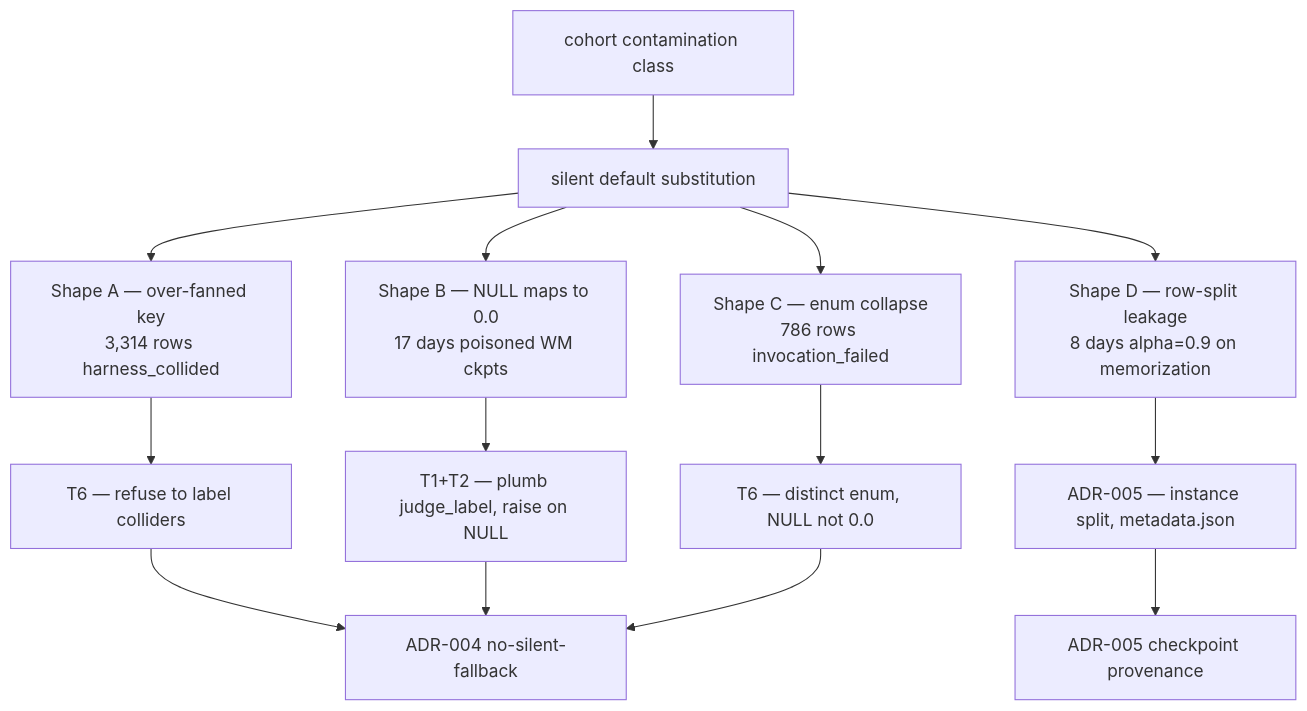
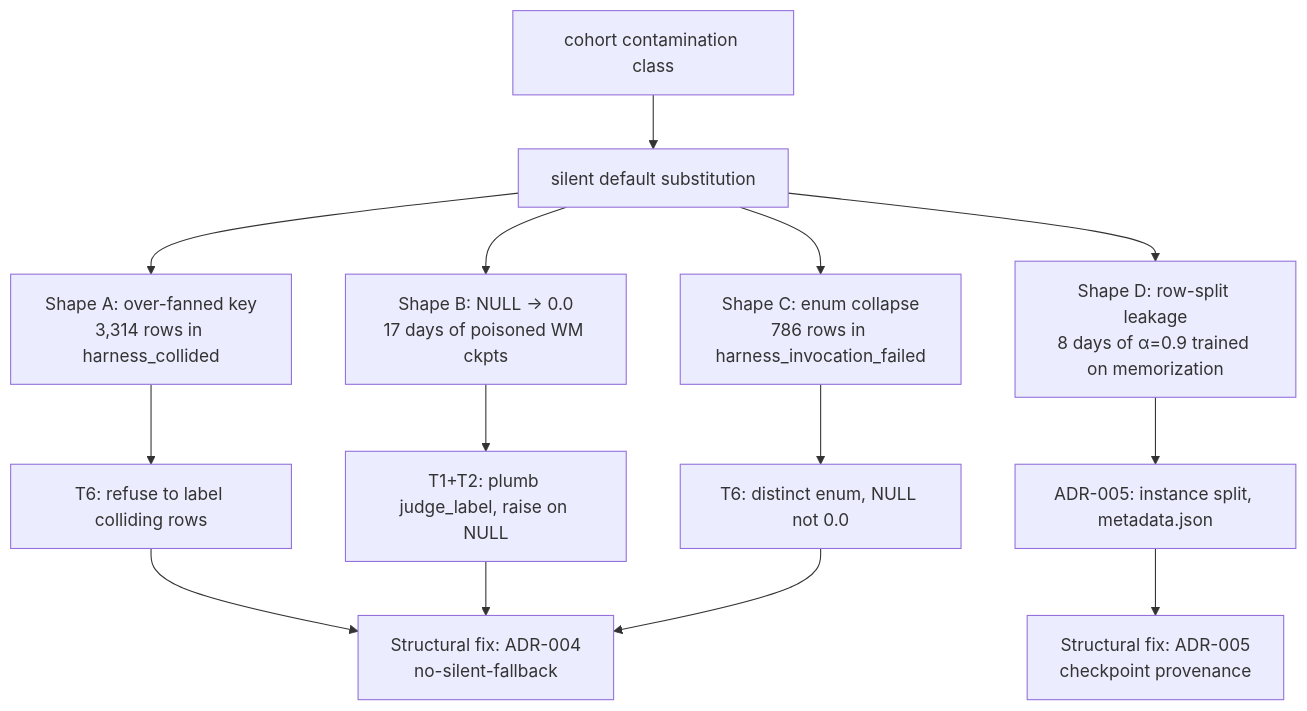
The diagram in src/content/essays/cohort-contamination-class.mdx (samrathchadha/perseusresearch), drawn with Mermaid before and after one commit. The commit also changed other lines of this file and 31 other files, not shown here.

````diff
--- a/src/content/essays/cohort-contamination-class.mdx
+++ b/src/content/essays/cohort-contamination-class.mdx
@@ -194,17 +334,19 @@
 ```mermaid
-flowchart TD
+graph TD
     Class[cohort contamination class]
     Class --> Silent[silent default substitution]
-    Silent --> A["Shape A — over-fanned key\n3,314 rows harness_collided"]
-    Silent --> B["Shape B — NULL maps to 0.0\n17 days poisoned WM ckpts"]
-    Silent --> C["Shape C — enum collapse\n786 rows invocation_failed"]
-    Silent --> D["Shape D — row-split leakage\n8 days alpha=0.9 on memorization"]
-    A --> Fix1[T6 — refuse to label colliders]
-    B --> Fix2[T1+T2 — plumb judge_label, raise on NULL]
-    C --> Fix3[T6 — distinct enum, NULL not 0.0]
-    D --> Fix4[ADR-005 — instance split, metadata.json]
-    Fix1 --> S1[ADR-004 no-silent-fallback]
-    Fix2 --> S1
-    Fix3 --> S1
-    Fix4 --> S2[ADR-005 checkpoint provenance]
+    Silent --> A[Shape A: over-fanned key<br/>3,314 rows in harness_collided]
+    Silent --> B[Shape B: NULL → 0.0<br/>17 days of poisoned WM ckpts]
+    Silent --> C[Shape C: enum collapse<br/>786 rows in harness_invocation_failed]
+    Silent --> D[Shape D: row-split leakage<br/>8 days of α=0.9 trained on memorization]
+
+    A --> AFix[T6: refuse to label colliding rows]
+    B --> BFix[T1+T2: plumb judge_label, raise on NULL]
+    C --> CFix[T6: distinct enum, NULL not 0.0]
+    D --> DFix[ADR-005: instance split, metadata.json]
+
+    AFix --> Structural[Structural fix: ADR-004<br/>no-silent-fallback]
+    BFix --> Structural
+    CFix --> Structural
+    DFix --> Provenance[Structural fix: ADR-005<br/>checkpoint provenance]
 ```
````
